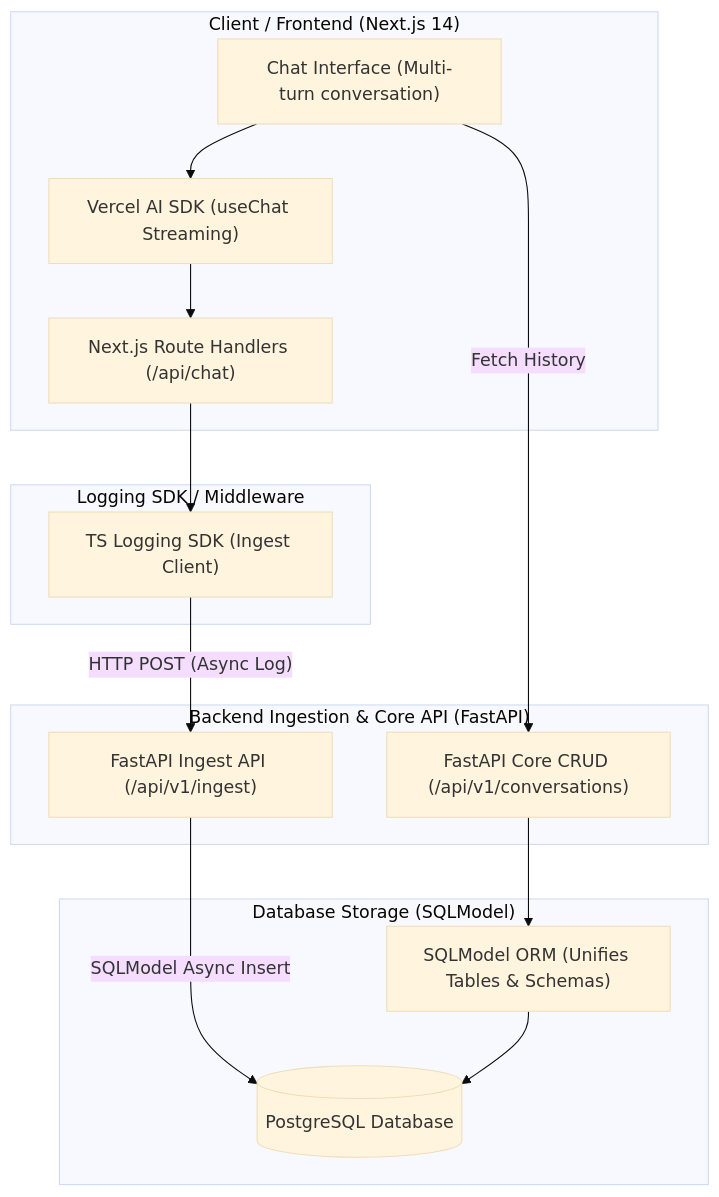
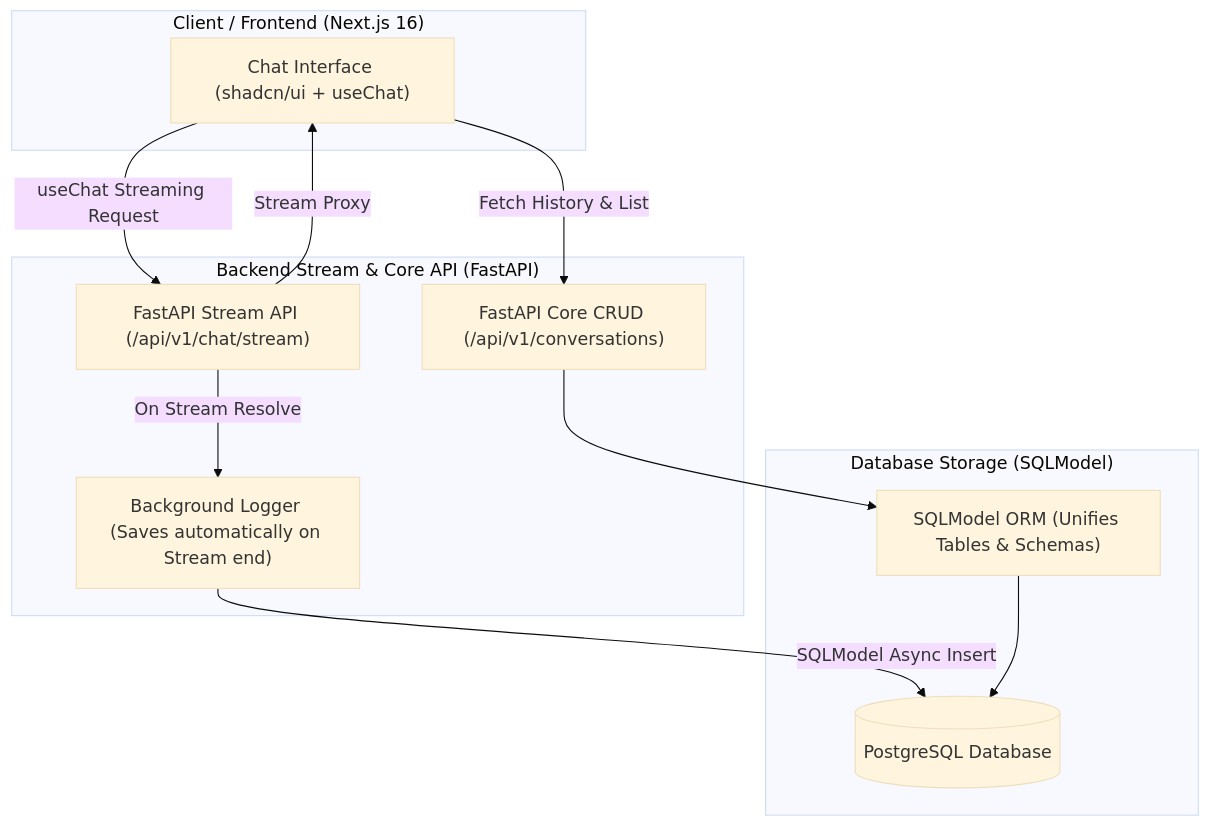
The diagram in implementation_plan.md (Rupak182/chatbot), drawn with Mermaid (base theme) before and after one commit. The commit also changed other lines of this file, not shown here.

````diff
--- a/implementation_plan.md
+++ b/implementation_plan.md
@@ -9,36 +11,29 @@
 ```mermaid
 graph TD
     %% Frontend / Client side
-    subgraph Client ["Client / Frontend (Next.js 14)"]
-        ChatUI["Chat Interface (Multi-turn conversation)"]
-        VercelSDK["Vercel AI SDK (useChat Streaming)"]
-        NextAPI["Next.js Route Handlers (/api/chat)"]
-    end
-
-    %% SDK Wrapper
-    subgraph SDK ["Logging SDK / Middleware"]
-        TSWrapper["TS Logging SDK (Ingest Client)"]
+    subgraph Client ["Client / Frontend (Next.js 16)"]
+        ChatUI["Chat Interface (shadcn/ui + useChat)"]
     end
 
     %% Ingestion Pipeline
-    subgraph Backend ["Backend Ingestion & Core API (FastAPI)"]
-        IngestAPI["FastAPI Ingest API (/api/v1/ingest)"]
+    subgraph Backend ["Backend Stream & Core API (FastAPI)"]
+        StreamAPI["FastAPI Stream API (/api/v1/chat/stream)"]
         CoreAPI["FastAPI Core CRUD (/api/v1/conversations)"]
+        LogTask["Background Logger (Saves automatically on Stream end)"]
     end
 
     %% Storage
     subgraph Storage ["Database Storage (SQLModel)"]
         DB[(PostgreSQL Database)]
         SQLM["SQLModel ORM (Unifies Tables & Schemas)"]
     end
 
     %% Flow Arrows
-    ChatUI --> VercelSDK
-    VercelSDK --> NextAPI
-    NextAPI --> TSWrapper
-    TSWrapper -- "HTTP POST (Async Log)" --> IngestAPI
-    IngestAPI -- "SQLModel Async Insert" --> DB
+    ChatUI -- "useChat Streaming Request" --> StreamAPI
+    StreamAPI -- "Stream Proxy" --> ChatUI
+    StreamAPI -- "On Stream Resolve" --> LogTask
+    LogTask -- "SQLModel Async Insert" --> DB
     CoreAPI --> SQLM
     SQLM --> DB
-    ChatUI -- "Fetch History" --> CoreAPI
+    ChatUI -- "Fetch History & List" --> CoreAPI
 ```
````
